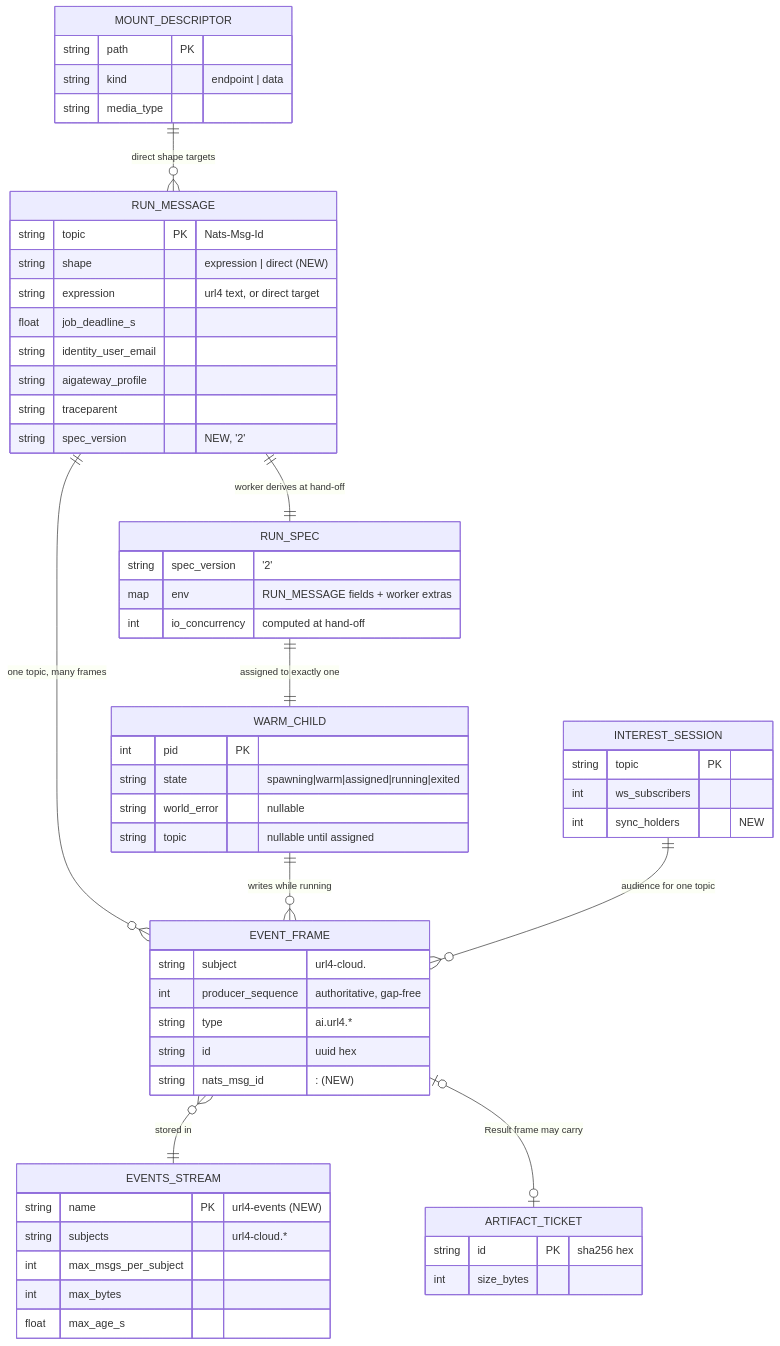
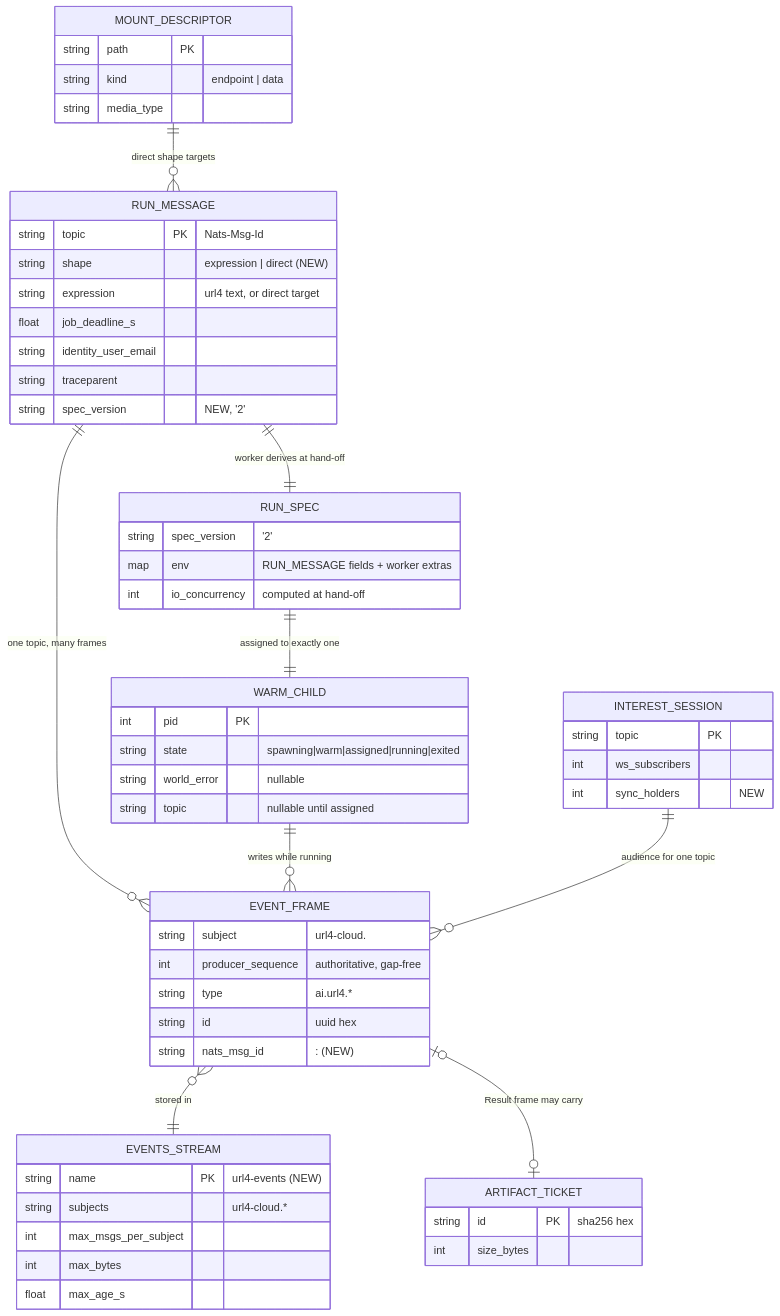
One commit to ScreamingFace/screamingface changed the diagram in apps/screamingface-engine/docs/plans/uniform-executor/erd.md. Above: the diagram before and after it, drawn with Mermaid. The commit also changed other lines of this file and 73 other files, not shown here.

````diff
--- a/apps/screamingface-engine/docs/plans/uniform-executor/erd.md
+++ b/apps/screamingface-engine/docs/plans/uniform-executor/erd.md
@@ -13,61 +13,60 @@
 ```mermaid
 erDiagram
     RUN_MESSAGE ||--|| RUN_SPEC : "worker derives at hand-off"
     RUN_MESSAGE ||--o{ EVENT_FRAME : "one topic, many frames"
     RUN_SPEC ||--|| WARM_CHILD : "assigned to exactly one"
     WARM_CHILD ||--o{ EVENT_FRAME : "writes while running"
     EVENT_FRAME }o--|| EVENTS_STREAM : "stored in"
     EVENT_FRAME |o--o| ARTIFACT_TICKET : "Result frame may carry"
     INTEREST_SESSION ||--o{ EVENT_FRAME : "audience for one topic"
     MOUNT_DESCRIPTOR ||--o{ RUN_MESSAGE : "direct shape targets"
 
     RUN_MESSAGE {
         string topic PK "Nats-Msg-Id"
         string shape "expression | direct (NEW)"
         string expression "url4 text, or direct target"
         float  job_deadline_s
         string identity_user_email
-        string aigateway_profile
         string traceparent
         string spec_version "NEW, '2'"
     }
     RUN_SPEC {
         string spec_version "'2'"
         map    env "RUN_MESSAGE fields + worker extras"
         int    io_concurrency "computed at hand-off"
     }
     WARM_CHILD {
         int    pid PK
         string state "spawning|warm|assigned|running|exited"
         string world_error "nullable"
         string topic "nullable until assigned"
     }
     EVENTS_STREAM {
         string name PK "url4-events (NEW)"
         string subjects "url4-cloud.*"
         int    max_msgs_per_subject
         int    max_bytes
         float  max_age_s
     }
     EVENT_FRAME {
         string subject "url4-cloud.<topic>"
         int    producer_sequence "authoritative, gap-free"
         string type "ai.url4.*"
         string id "uuid hex"
         string nats_msg_id "<topic>:<seq> (NEW)"
     }
     ARTIFACT_TICKET {
         string id PK "sha256 hex"
         int    size_bytes
     }
     INTEREST_SESSION {
         string topic PK
         int    ws_subscribers
         int    sync_holders "NEW"
     }
     MOUNT_DESCRIPTOR {
         string path PK
         string kind "endpoint | data"
         string media_type
     }
 ```
````
